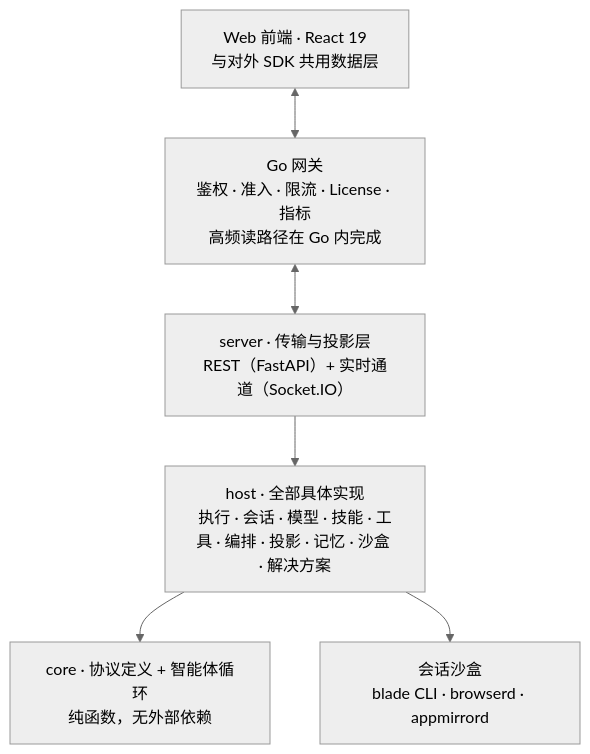
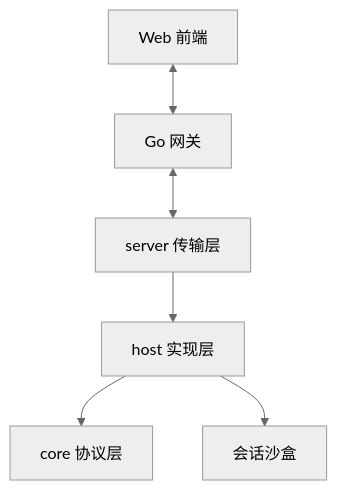
Before and after one commit to blade-hq/public-docs: the second of 3 diagrams in src/content/docs/whitepaper.md, drawn with Mermaid (neutral theme). The commit also changed other lines of this file, not shown here.

Commit message:
docs(whitepaper): 分层图改为单行节点，职责说明移到表格

````diff
--- a/src/content/docs/whitepaper.md
+++ b/src/content/docs/whitepaper.md
@@ -206,13 +206,8 @@
 ```mermaid
 graph TB
-  WEB[Web 前端 · React 19<br/>与对外 SDK 共用数据层]
-  GW[Go 网关<br/>鉴权 · 准入 · 限流 · License · 指标<br/>高频读路径在 Go 内完成]
-  SRV[server · 传输与投影层<br/>REST（FastAPI）+ 实时通道（Socket.IO）]
-  HOST[host · 全部具体实现<br/>执行 · 会话 · 模型 · 技能 · 工具 · 编排 · 投影 · 记忆 · 沙盒 · 解决方案]
-  CORE[core · 协议定义 + 智能体循环<br/>纯函数，无外部依赖]
-  WEB <--> GW
-  GW <--> SRV
-  SRV --> HOST
-  HOST --> CORE
-  HOST --> SB[会话沙盒<br/>blade CLI · browserd · appmirrord]
+  WEB[Web 前端] <--> GW[Go 网关]
+  GW <--> SRV[server 传输层]
+  SRV --> HOST[host 实现层]
+  HOST --> CORE[core 协议层]
+  HOST --> SB[会话沙盒]
 ```
````
